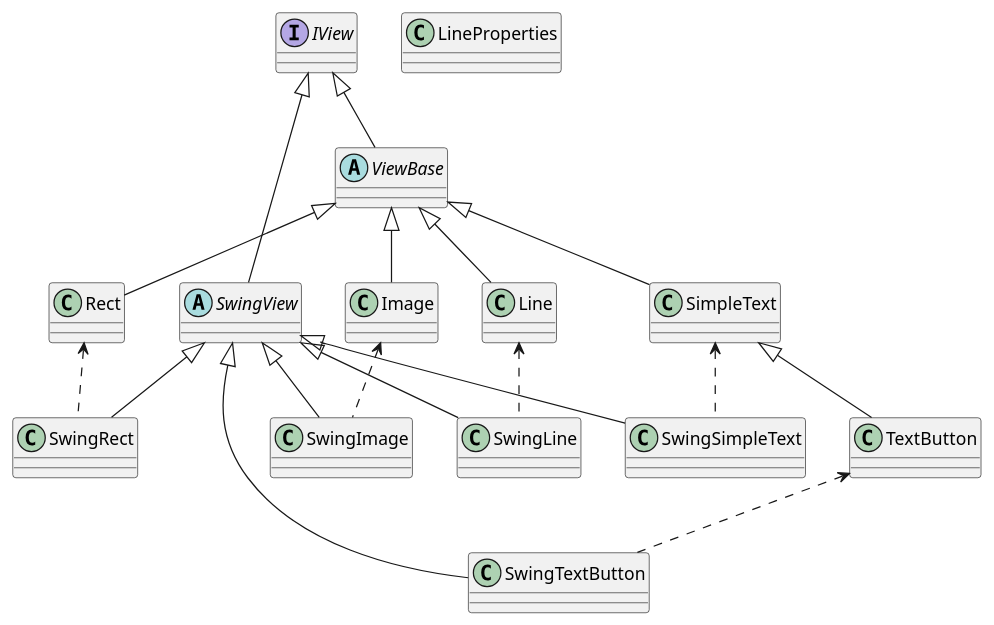
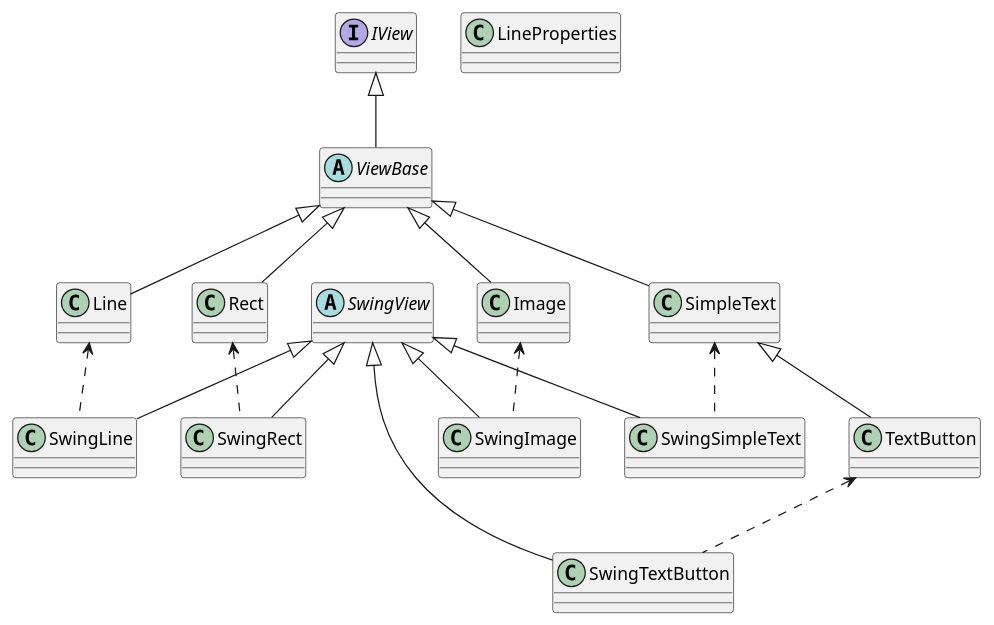
Before and after one commit to svenliese/view: the diagram in doc/classes.puml, drawn with PlantUML. The commit also changed 1 other file, not shown here.

```diff
--- a/doc/classes.puml
+++ b/doc/classes.puml
@@ -1,40 +1,39 @@
 @startuml
 
 interface IView
     abstract ViewBase
         class Rect
         class SimpleText
             class TextButton
         class Image
         class Line
     abstract SwingView
         class SwingRect
         class SwingSimpleText
         class SwingTextButton
         class SwingImage
         class SwingLine
 
 class LineProperties
 
 IView <|-- ViewBase
 ViewBase <|-- Rect
 ViewBase <|-- SimpleText
 ViewBase <|-- Image
 ViewBase <|-- Line
 
 SimpleText <|-- TextButton
 
-IView <|-- SwingView
 SwingView <|-- SwingRect
 SwingView <|-- SwingSimpleText
 SwingView <|-- SwingTextButton
 SwingView <|-- SwingImage
 SwingView <|-- SwingLine
 
 Rect <.. SwingRect
 SimpleText <.. SwingSimpleText
 TextButton <.. SwingTextButton
 Image <.. SwingImage
 Line <.. SwingLine
 
 @enduml
```
